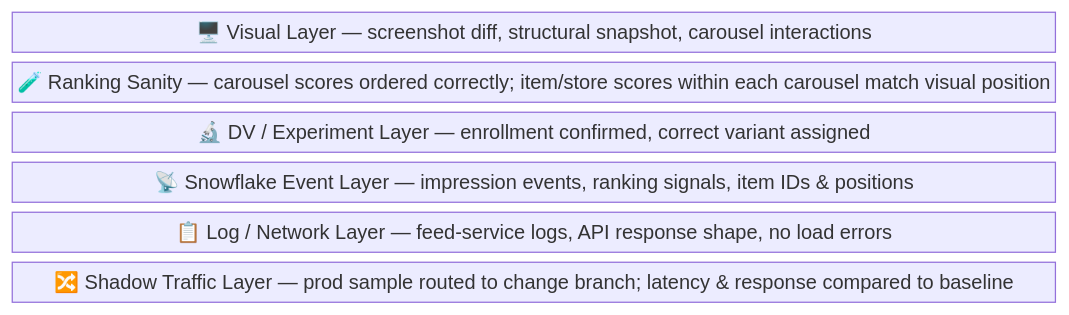
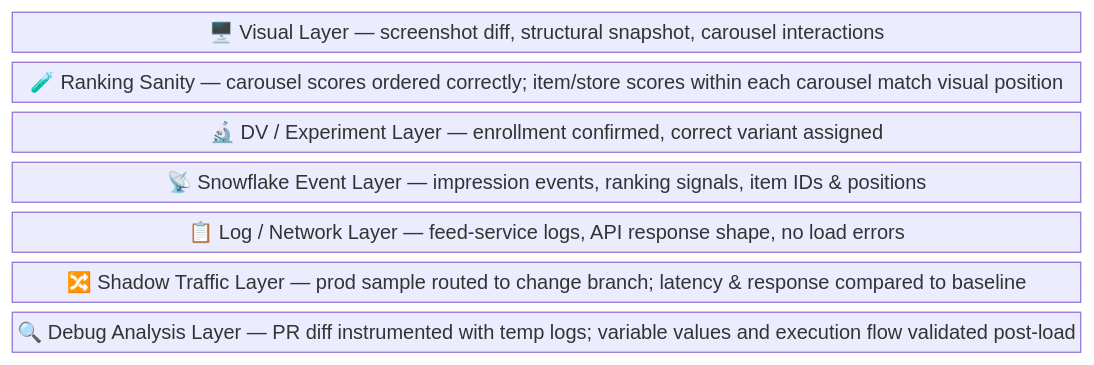
One commit to daniel-fonyo/dd-brain changed the second of 4 diagrams in sandbox-e2e-testing/1-pager.md. Above: the diagram before and after it, drawn with Mermaid. The commit also changed other lines of this file, not shown here.

Commit message:
Add Debug Agent: two-phase flow diagram, instrumentation example, pipeline + layers integration

````diff
--- a/sandbox-e2e-testing/1-pager.md
+++ b/sandbox-e2e-testing/1-pager.md
@@ -52,10 +64,11 @@
 ```mermaid
 block-beta
   columns 1
   A["🖥️  Visual Layer — screenshot diff, structural snapshot, carousel interactions"]
   B["🧪  Ranking Sanity — carousel scores ordered correctly; item/store scores within each carousel match visual position"]
   C["🔬  DV / Experiment Layer — enrollment confirmed, correct variant assigned"]
   D["📡  Snowflake Event Layer — impression events, ranking signals, item IDs & positions"]
   E["📋  Log / Network Layer — feed-service logs, API response shape, no load errors"]
   F["🔀  Shadow Traffic Layer — prod sample routed to change branch; latency & response compared to baseline"]
+  G["🔍  Debug Analysis Layer — PR diff instrumented with temp logs; variable values and execution flow validated post-load"]
 ```
````
